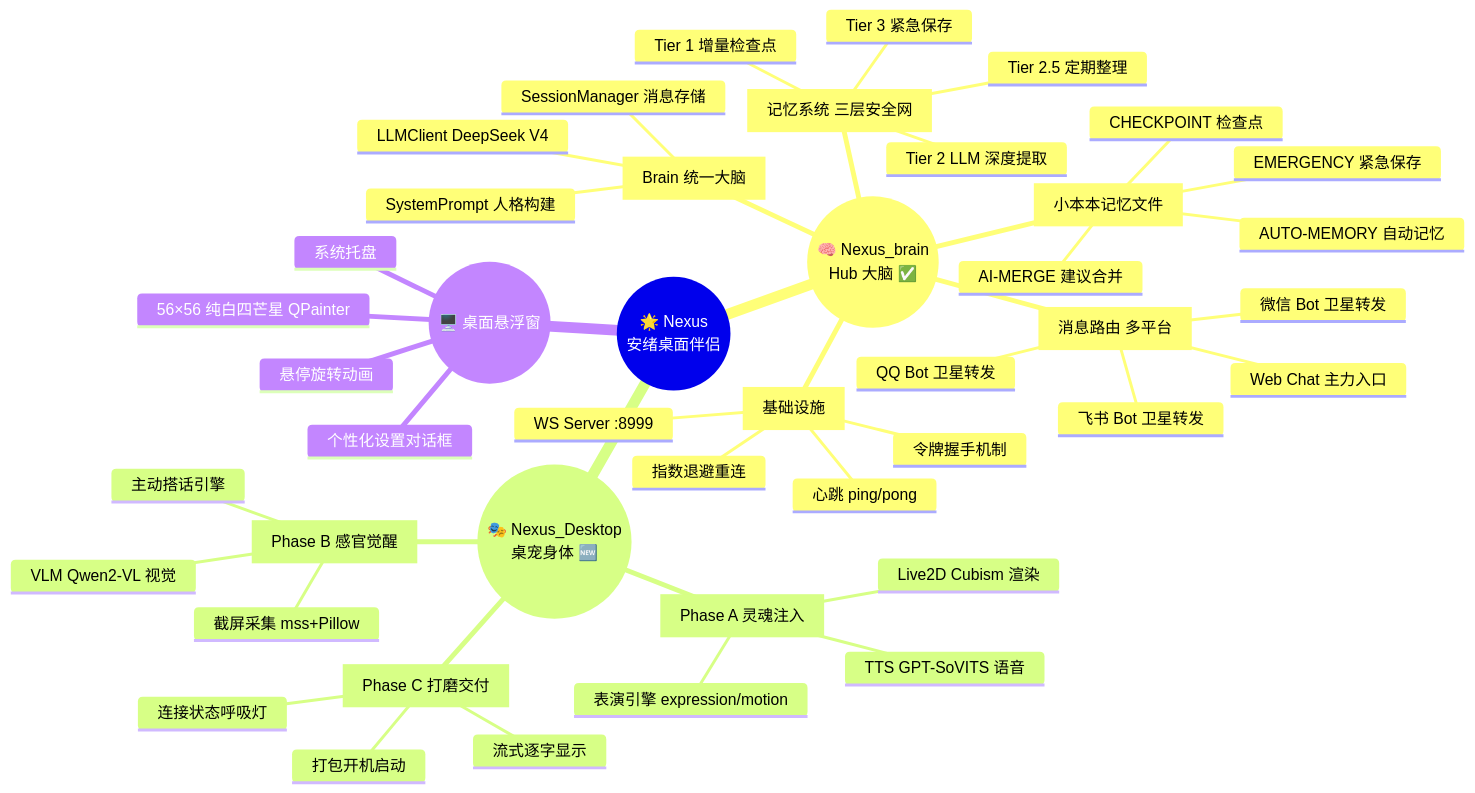
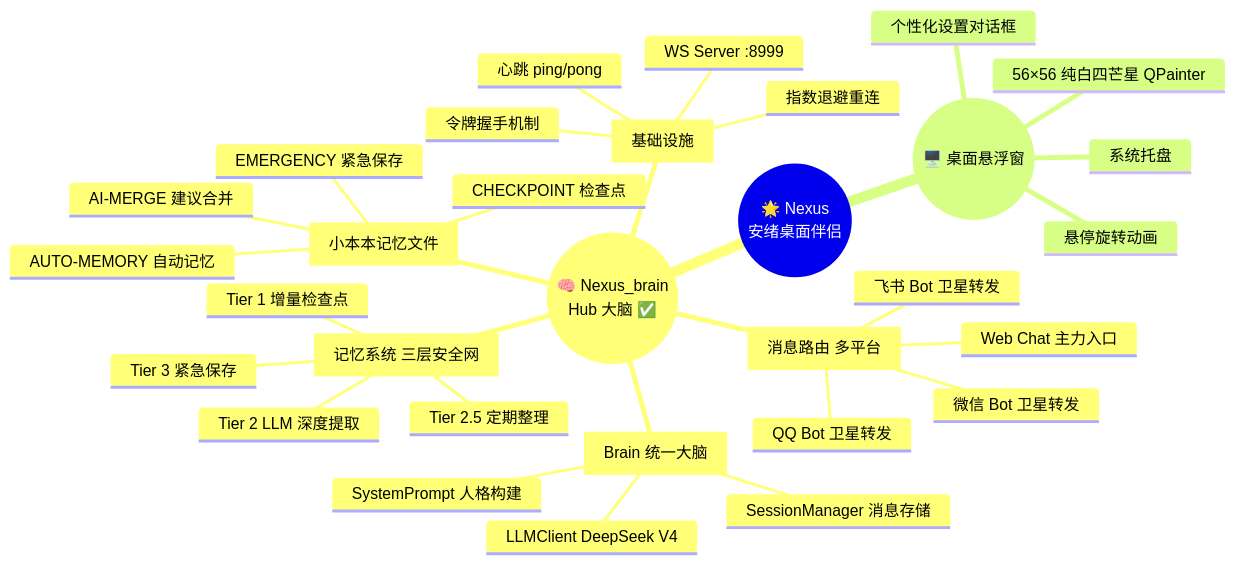
Before and after one commit to yuanchu114514-spec/nexus-brain: the first of 2 diagrams in README.md, drawn with Mermaid. The commit also changed other lines of this file, not shown here.

Commit message:
README: 移除未实现的桌宠身体部分，聚焦已交付的 Nexus_brain

````diff
--- a/README.md
+++ b/README.md
@@ -33,47 +33,34 @@
 ```mermaid
 mindmap
   root(("🌟 Nexus<br/>安绪桌面伴侣"))
     (("🧠 Nexus_brain<br/>Hub 大脑 ✅"))
       [Brain 统一大脑]
         SystemPrompt 人格构建
         SessionManager 消息存储
         LLMClient DeepSeek V4
       [记忆系统 三层安全网]
         Tier 1 增量检查点
         Tier 2 LLM 深度提取
         Tier 2.5 定期整理
         Tier 3 紧急保存
       [消息路由 多平台]
         Web Chat 主力入口
         QQ Bot 卫星转发
         微信 Bot 卫星转发
         飞书 Bot 卫星转发
       [基础设施]
         WS Server :8999
         令牌握手机制
         指数退避重连
         心跳 ping/pong
       [小本本记忆文件]
         AUTO-MEMORY 自动记忆
         CHECKPOINT 检查点
         EMERGENCY 紧急保存
         AI-MERGE 建议合并
-    (("🎭 Nexus_Desktop<br/>桌宠身体 🆕"))
-      [Phase A 灵魂注入]
-        Live2D Cubism 渲染
-        表演引擎 expression/motion
-        TTS GPT-SoVITS 语音
-      [Phase B 感官觉醒]
-        截屏采集 mss+Pillow
-        VLM Qwen2-VL 视觉
-        主动搭话引擎
-      [Phase C 打磨交付]
-        流式逐字显示
-        连接状态呼吸灯
-        打包开机启动
     (("🖥️ 桌面悬浮窗"))
       56×56 纯白四芒星 QPainter
       悬停旋转动画
       个性化设置对话框
       系统托盘
 ```
````
